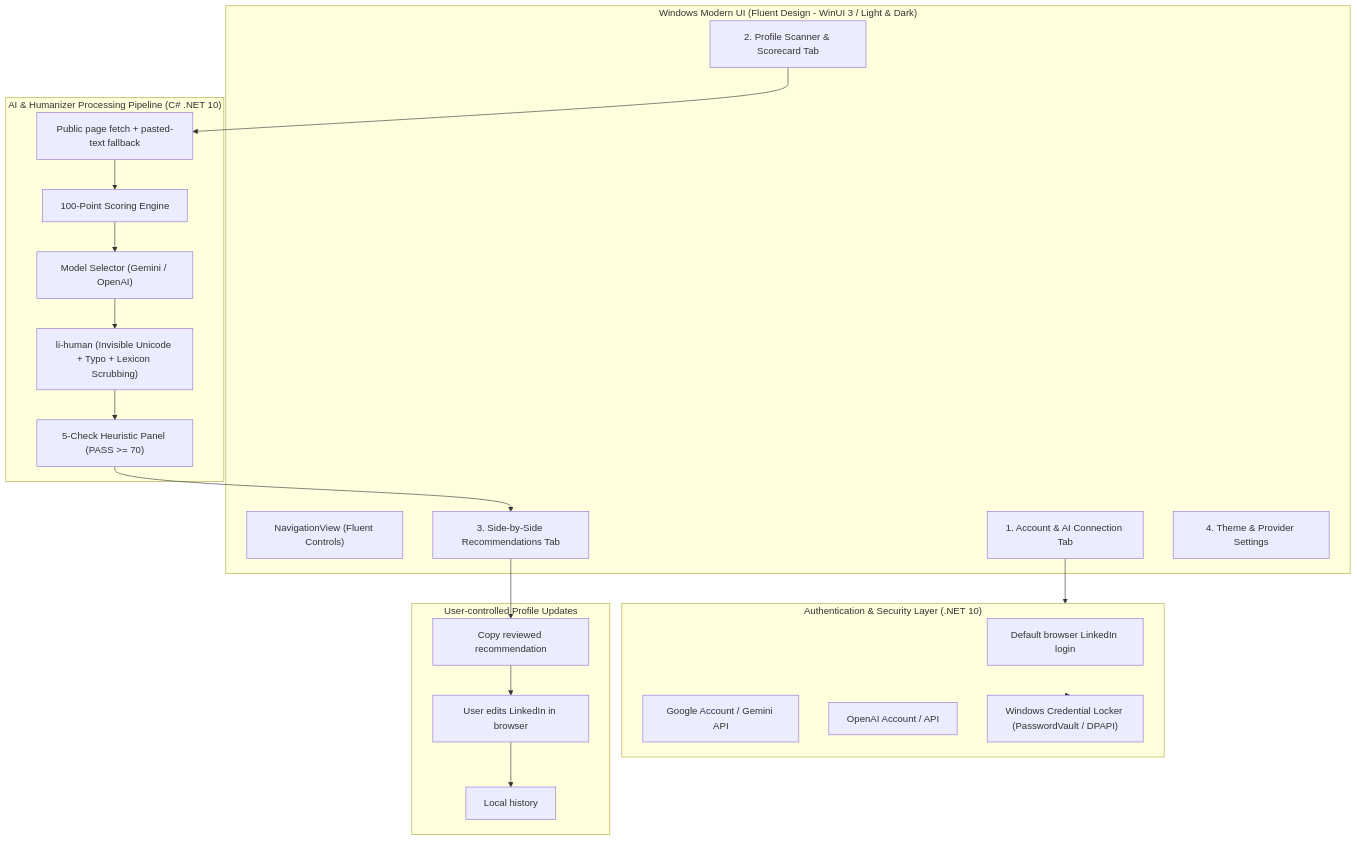
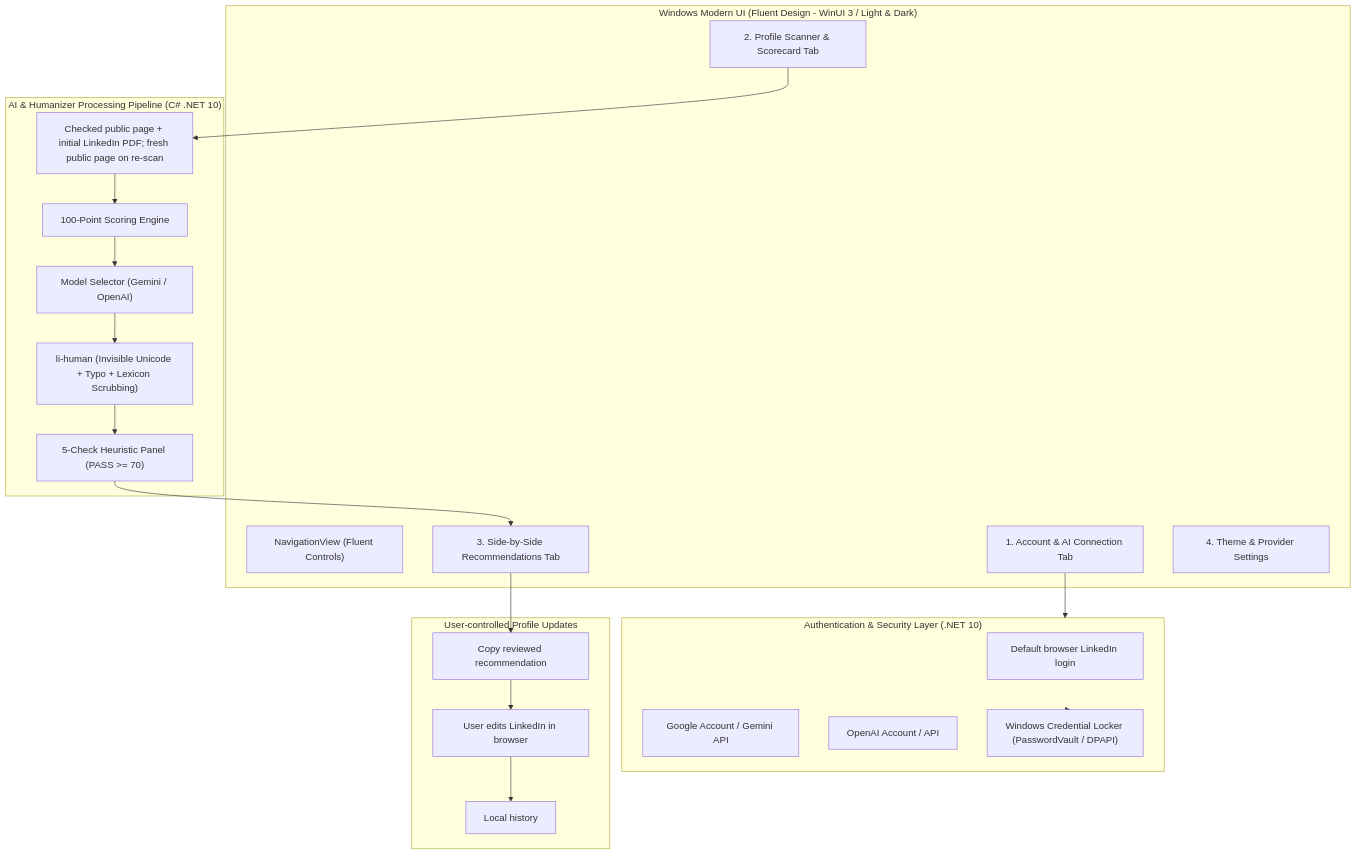
The diagram in SPEC.md (git-maniam/LIpstick), drawn with Mermaid before and after one commit. The commit also changed other lines of this file and 28 other files, not shown here.

Commit message:
Add LinkedIn PDF baseline scan and Gemini endpoint diagnostics

````diff
--- a/SPEC.md
+++ b/SPEC.md
@@ -19,38 +19,38 @@
 ```mermaid
 flowchart TD
     subgraph UI ["Windows Modern UI (Fluent Design - WinUI 3 / Light & Dark)"]
         Nav["NavigationView (Fluent Controls)"]
         AuthView["1. Account & AI Connection Tab"]
         ScanView["2. Profile Scanner & Scorecard Tab"]
         DiffView["3. Side-by-Side Recommendations Tab"]
         SettingsView["4. Theme & Provider Settings"]
     end
 
     subgraph AuthLayer ["Authentication & Security Layer (.NET 10)"]
         LIAuth["Default browser LinkedIn login"]
         GoogleAuth["Google Account / Gemini API"]
         OAIAuth["OpenAI Account / API"]
         CredMgr["Windows Credential Locker (PasswordVault / DPAPI)"]
     end
 
     subgraph CoreEngine ["AI & Humanizer Processing Pipeline (C# .NET 10)"]
         LLMSelect["Model Selector (Gemini / OpenAI)"]
-        SnapshotParser["Public page fetch + pasted-text fallback"]
+        SnapshotParser["Checked public page + initial LinkedIn PDF; fresh public page on re-scan"]
         Rubric["100-Point Scoring Engine"]
         Humanizer["li-human (Invisible Unicode + Typo + Lexicon Scrubbing)"]
         Detector["5-Check Heuristic Panel (PASS >= 70)"]
     end
 
     subgraph WriteBack ["User-controlled Profile Updates"]
         ApplyEngine["Copy reviewed recommendation"]
         LIApi["User edits LinkedIn in browser"]
         AuditLog["Local history"]
     end
 
     AuthView --> AuthLayer
     AuthLayer --> CredMgr
     ScanView --> SnapshotParser --> Rubric
     Rubric --> LLMSelect --> Humanizer --> Detector
     Detector --> DiffView
     DiffView --> ApplyEngine --> LIApi --> AuditLog
 ```
````
